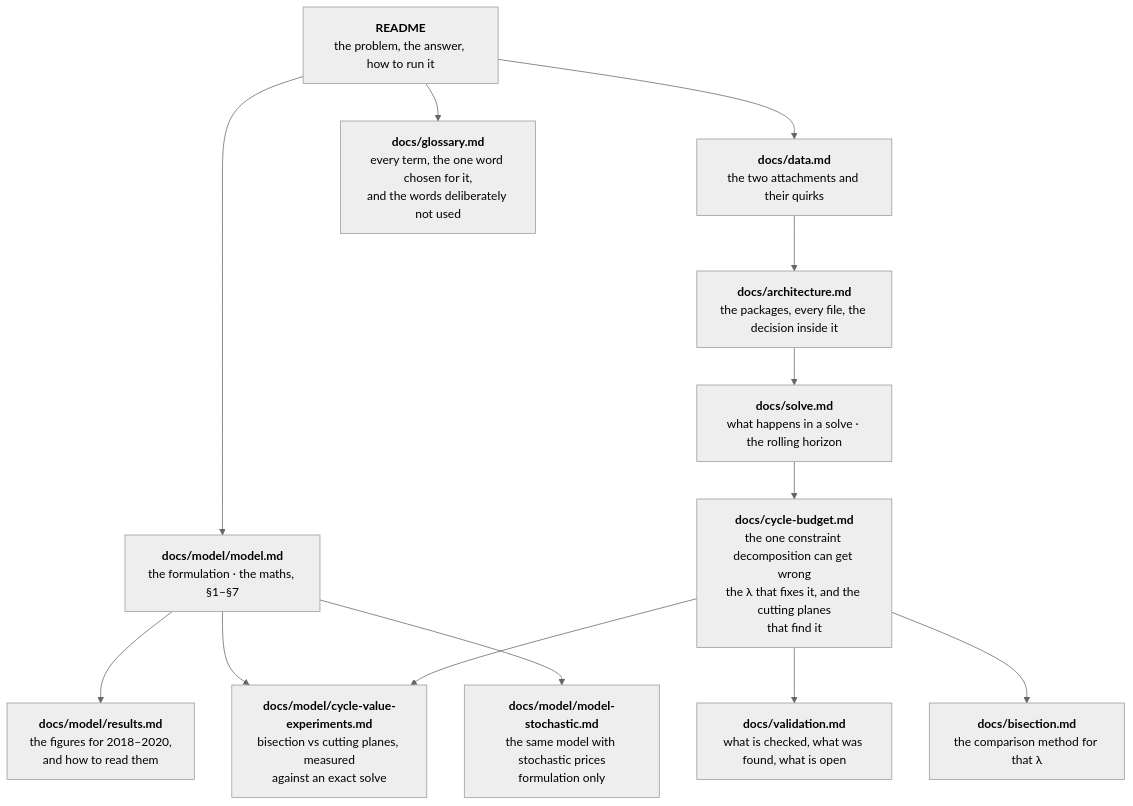
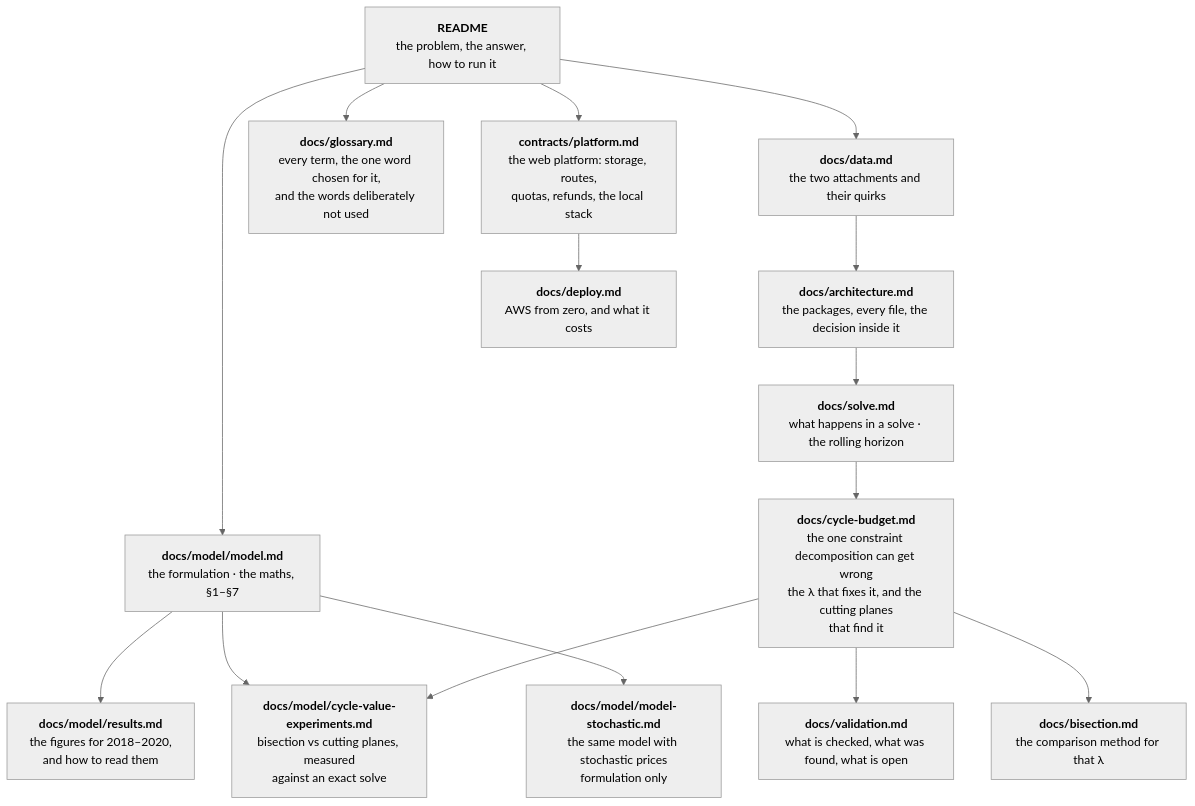
Before and after one commit to GuilhermePFM/BatteryDispatchModel: the third of 3 diagrams in README.md, drawn with Mermaid (neutral theme). The commit also changed other lines of this file and 3 other files, not shown here.

First line of the commit message:
docs: portfolio README with architecture, rationale and demo GIF

````diff
--- a/README.md
+++ b/README.md
@@ -173,24 +251,27 @@
 ```mermaid
 flowchart TD
     R["<b>README</b><br/>the problem, the answer, how to run it"]
     M["<b>docs/model/model.md</b><br/>the formulation · the maths, §1–§7"]
     D["<b>docs/data.md</b><br/>the two attachments and their quirks"]
     A["<b>docs/architecture.md</b><br/>the packages, every file, the decision inside it"]
     S["<b>docs/solve.md</b><br/>what happens in a solve · the rolling horizon"]
     C["<b>docs/cycle-budget.md</b><br/>the one constraint decomposition can get wrong<br/>the λ that fixes it, and the cutting planes<br/>that find it"]
     B["<b>docs/bisection.md</b><br/>the comparison method for that λ"]
     RE["<b>docs/model/results.md</b><br/>the figures for 2018–2020,<br/>and how to read them"]
     X["<b>docs/model/cycle-value-experiments.md</b><br/>bisection vs cutting planes, measured<br/>against an exact solve"]
     ST["<b>docs/model/model-stochastic.md</b><br/>the same model with stochastic prices<br/>formulation only"]
     V["<b>docs/validation.md</b><br/>what is checked, what was found, what is open"]
     G["<b>docs/glossary.md</b><br/>every term, the one word chosen for it,<br/>and the words deliberately not used"]
+    P["<b>contracts/platform.md</b><br/>the web platform: storage, routes,<br/>quotas, refunds, the local stack"]
+    DE["<b>docs/deploy.md</b><br/>AWS from zero, and what it costs"]
 
     R --> G
     R --> M
     R --> D --> A --> S --> C --> V
     M --> RE
     M --> X
     C --> X
     C --> B
     M --> ST
+    R --> P --> DE
 ```
````
